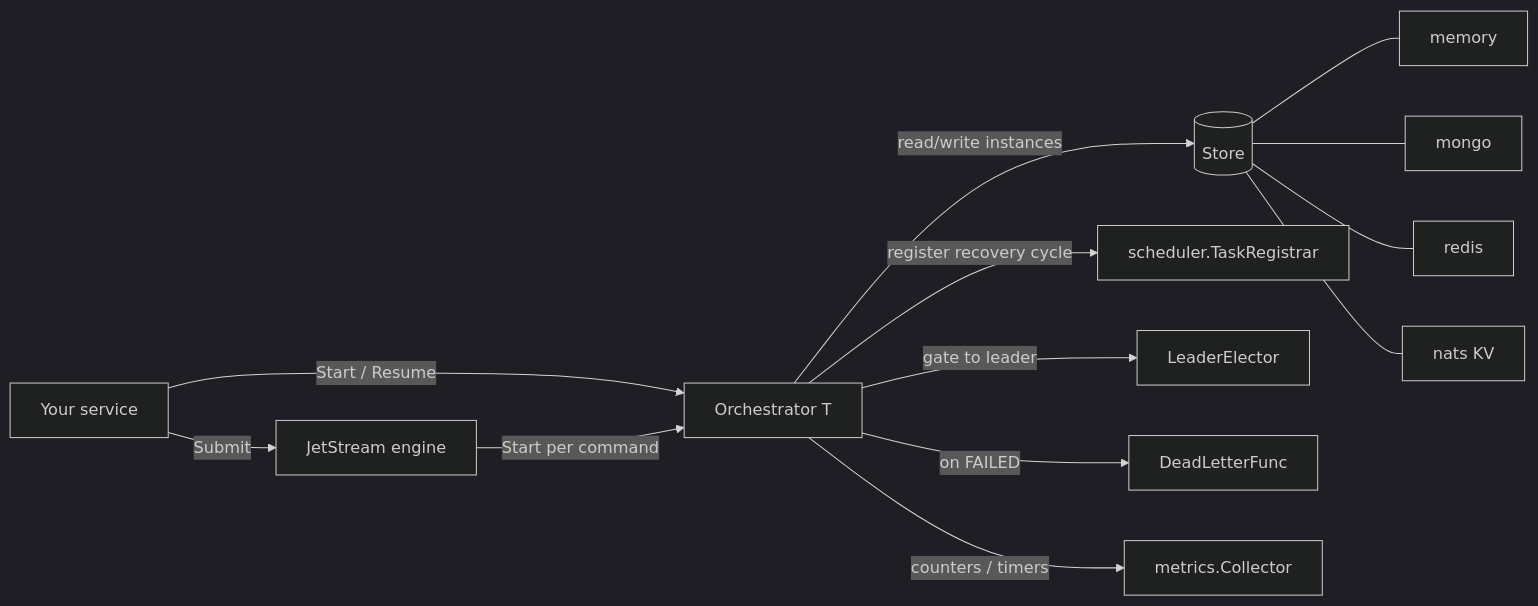
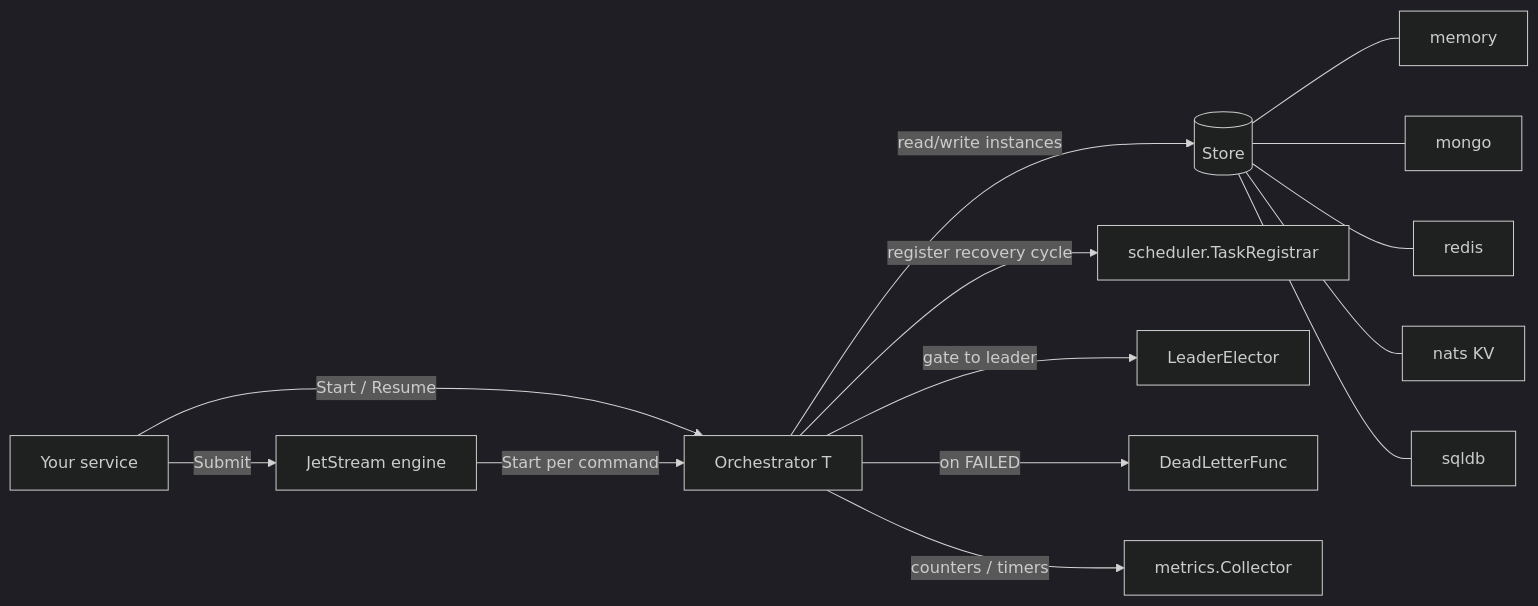
The fifth of 7 diagrams in docs/data/saga.md (altessa-s/go-atlas), drawn with Mermaid (dark theme) before and after one commit. The commit also changed other lines of this file and 33 other files, not shown here.

````diff
--- a/docs/data/saga.md
+++ b/docs/data/saga.md
@@ -134,15 +134,16 @@
 ```mermaid
 flowchart LR
     App[Your service] -->|Start / Resume| Orch[Orchestrator T]
     Orch -->|read/write instances| Store[(Store)]
     Store --- Mem[memory]
     Store --- Mongo[mongo]
     Store --- Redis[redis]
     Store --- Nats[nats KV]
+    Store --- SQL[sqldb]
     Orch -->|register recovery cycle| Sched[scheduler.TaskRegistrar]
     Orch -->|gate to leader| Leader[LeaderElector]
     Orch -->|on FAILED| DLQ[DeadLetterFunc]
     Orch -->|counters / timers| Metrics[metrics.Collector]
     Engine[JetStream engine] -->|Start per command| Orch
     App -->|Submit| Engine
 ```
````
